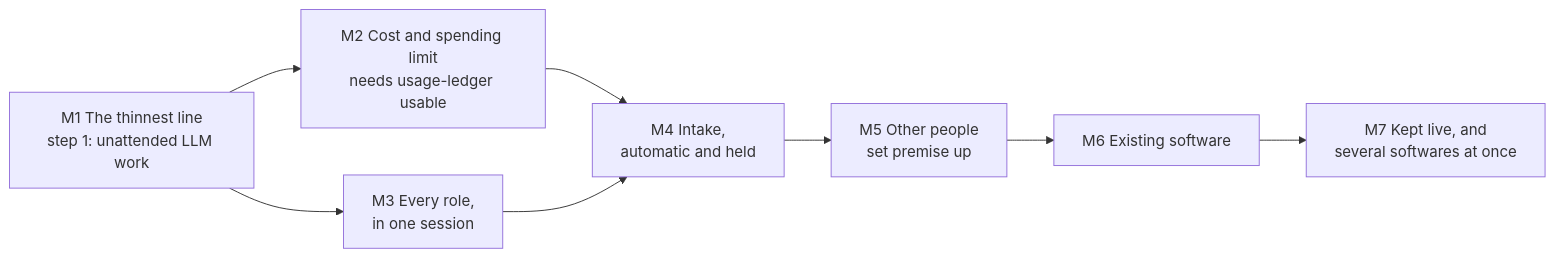
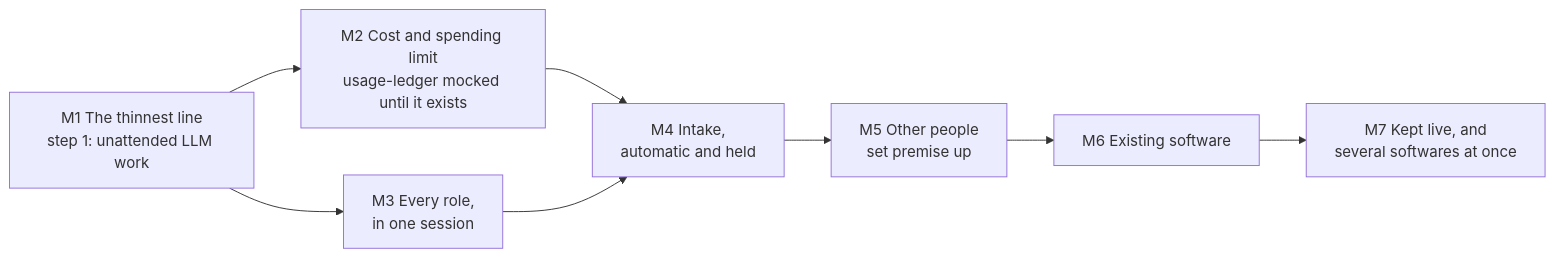
Before and after one commit to omkarbhale/premise: the diagram in docs/product/roadmap.md, drawn with Mermaid. The commit also changed other lines of this file and 95 other files, not shown here.

````diff
--- a/docs/product/roadmap.md
+++ b/docs/product/roadmap.md
@@ -18,10 +20,10 @@
 ```mermaid
 flowchart LR
-    M1[M1 The thinnest line<br/>step 1: unattended LLM work] --> M2[M2 Cost and spending limit<br/>needs usage-ledger usable]
+    M1[M1 The thinnest line<br/>step 1: unattended LLM work] --> M2[M2 Cost and spending limit<br/>usage-ledger mocked until it exists]
     M1 --> M3[M3 Every role,<br/>in one session]
     M2 --> M4[M4 Intake,<br/>automatic and held]
     M3 --> M4
     M4 --> M5[M5 Other people<br/>set premise up]
     M5 --> M6[M6 Existing software]
     M6 --> M7[M7 Kept live, and<br/>several softwares at once]
 ```
````
